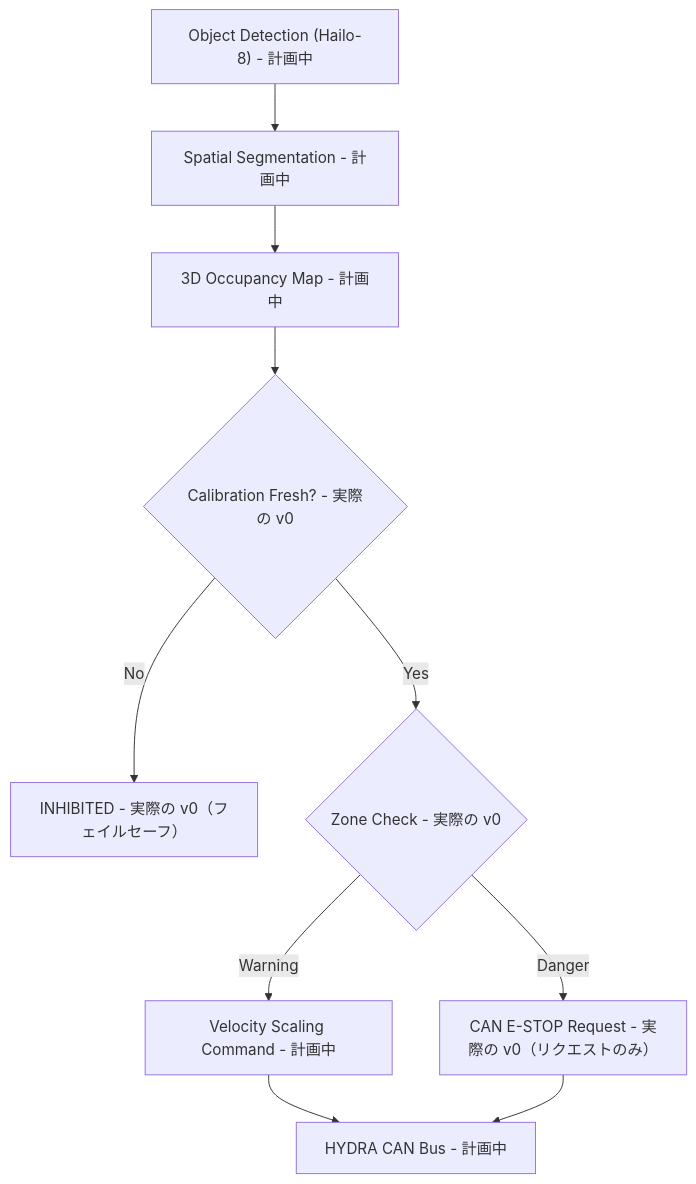
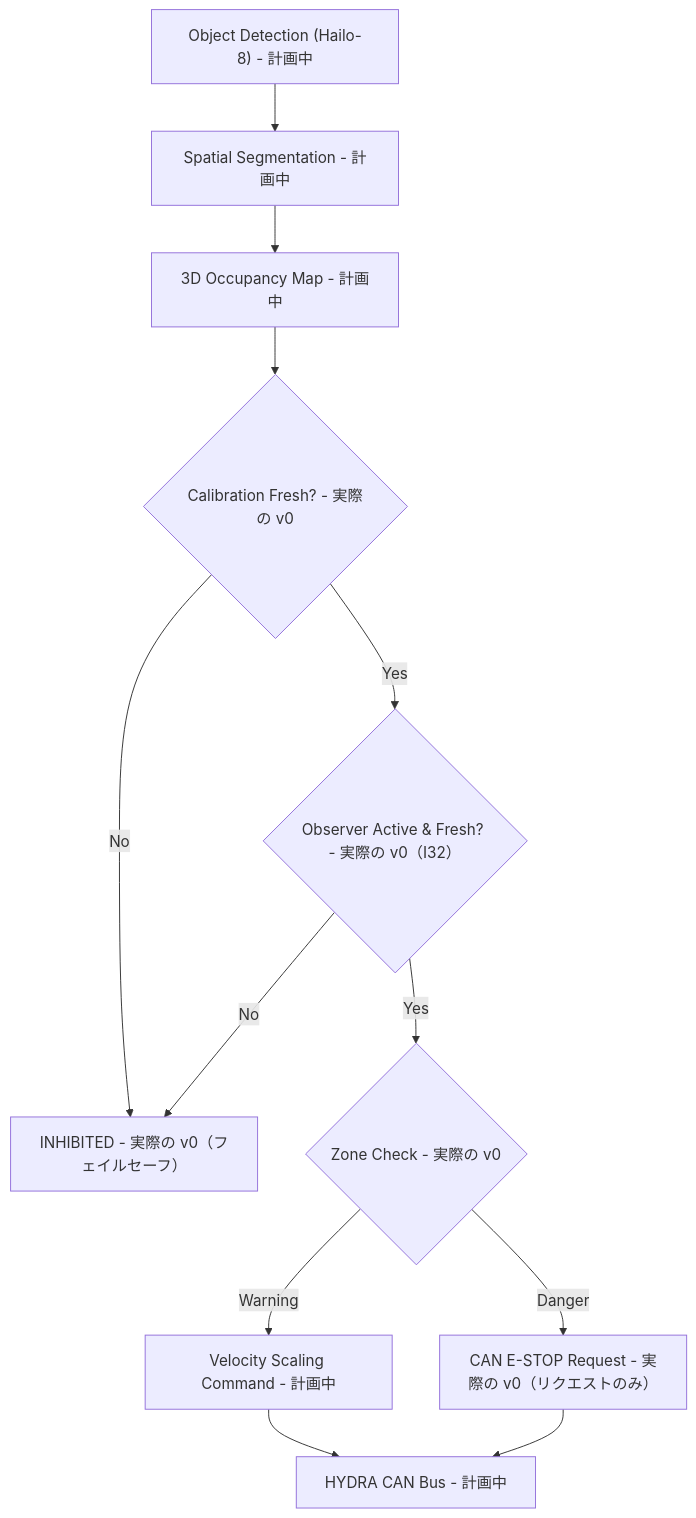
Before and after one commit to JuanenRac/HYDRA-UMC-SAFETY-ZONES: the diagram in README_jpn.md, drawn with Mermaid. The commit also changed other lines of this file and 19 other files, not shown here.

````diff
--- a/README_jpn.md
+++ b/README_jpn.md
@@ -82,12 +88,14 @@
 ```mermaid
 flowchart TB
     DET["Object Detection (Hailo-8) - 計画中"] --> SEG["Spatial Segmentation - 計画中"]
     SEG --> MAP["3D Occupancy Map - 計画中"]
     MAP --> CAL{"Calibration Fresh? - 実際の v0"}
     CAL -- No --> INHIBIT["INHIBITED - 実際の v0（フェイルセーフ）"]
-    CAL -- Yes --> ZONE{"Zone Check - 実際の v0"}
+    CAL -- Yes --> OBS{"Observer Active & Fresh? - 実際の v0（I32）"}
+    OBS -- No --> INHIBIT
+    OBS -- Yes --> ZONE{"Zone Check - 実際の v0"}
     ZONE -- Warning --> SLOW["Velocity Scaling Command - 計画中"]
     ZONE -- Danger --> STOP["CAN E-STOP Request - 実際の v0（リクエストのみ）"]
     SLOW --> CAN["HYDRA CAN Bus - 計画中"]
     STOP --> CAN
 ```
````
